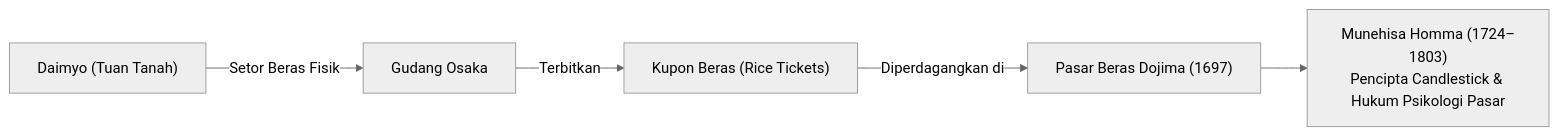
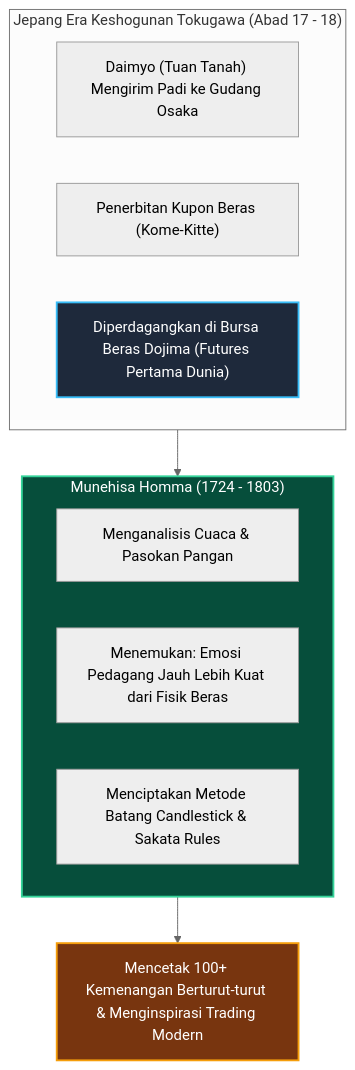
The first of 3 diagrams in docs/edianto-ong/02-sejarah-technical-analysis.md (AlulCode45/Trading-Learning-Path), drawn with Mermaid (neutral theme) before and after one commit. The commit also changed other lines of this file and 29 other files, not shown here.

Commit message:
docs(edianto-ong): upgrade all 29 chapters with beginner analogies, diagrams, step-by-step guides, and case studies

````diff
--- a/docs/edianto-ong/02-sejarah-technical-analysis.md
+++ b/docs/edianto-ong/02-sejarah-technical-analysis.md
@@ -14,7 +39,21 @@
 ```mermaid
-flowchart LR
-    Daimyo["Daimyo (Tuan Tanah)"] -->|Setor Beras Fisik| Warehouse["Gudang Osaka"]
-    Warehouse -->|Terbitkan| Kupon["Kupon Beras (Rice Tickets)"]
-    Kupon -->|Diperdagangkan di| Dojima["Pasar Beras Dojima (1697)"]
-    Dojima --> Homma["Munehisa Homma (1724–1803)<br/>Pencipta Candlestick & Hukum Psikologi Pasar"]
+flowchart TD
+    subgraph FeudalJapan["Jepang Era Keshogunan Tokugawa (Abad 17 - 18)"]
+        Daimyo["Daimyo (Tuan Tanah) Mengirim Padi ke Gudang Osaka"]
+        Receipts["Penerbitan Kupon Beras (Kome-Kitte)"]
+        Dojima["Diperdagangkan di Bursa Beras Dojima (Futures Pertama Dunia)"]
+    end
+
+    subgraph ThePioneer["Munehisa Homma (1724 - 1803)"]
+        Weather["Menganalisis Cuaca & Pasokan Pangan"]
+        Psychology["Menemukan: Emosi Pedagang Jauh Lebih Kuat dari Fisik Beras"]
+        CandleSystem["Menciptakan Metode Batang Candlestick & Sakata Rules"]
+    end
+
+    FeudalJapan --> ThePioneer
+    ThePioneer --> Legacy["Mencetak 100+ Kemenangan Berturut-turut & Menginspirasi Trading Modern"]
+
+    style Dojima fill:#1e293b,stroke:#38bdf8,stroke-width:2px,color:#ffffff
+    style ThePioneer fill:#064e3b,stroke:#34d399,stroke-width:2px,color:#ffffff
+    style Legacy fill:#78350f,stroke:#f59e0b,stroke-width:2px,color:#ffffff
 ```
````
